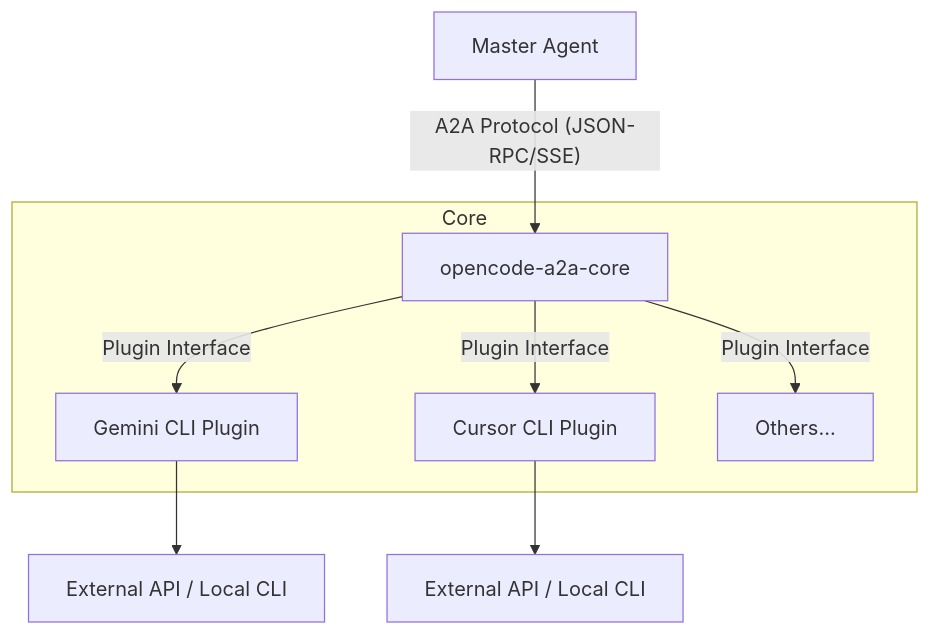
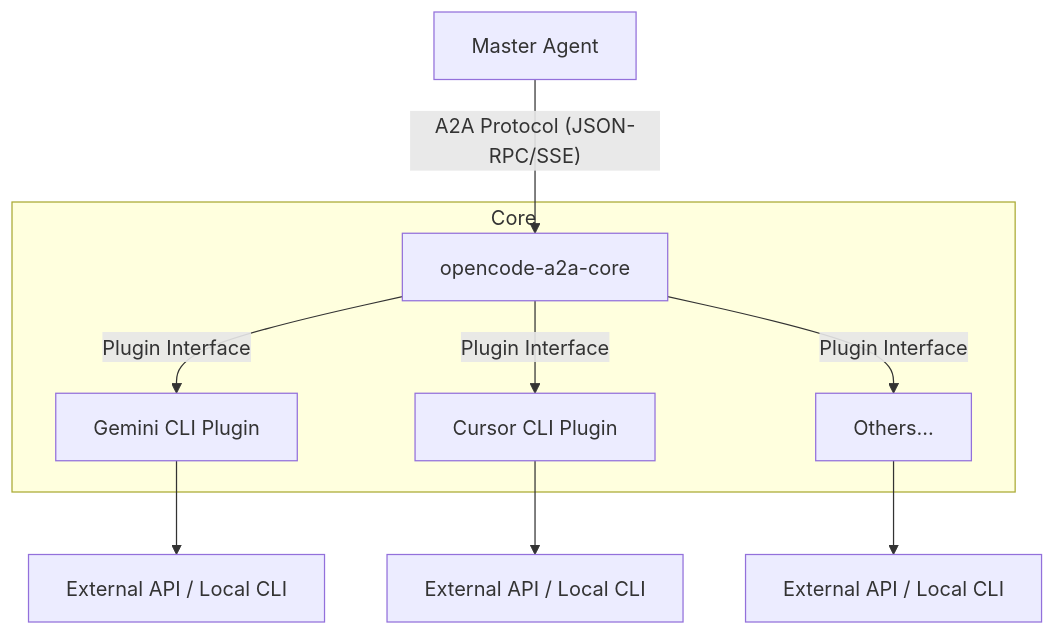
One commit to yohi/opencode-a2a-core changed the diagram in README.md. Above: the diagram before and after it, drawn with Mermaid. The commit also changed other lines of this file, not shown here.

Commit message:
docs: README.mdの指摘事項の修正（URL, JSON例, Mermaid図）

````diff
--- a/README.md
+++ b/README.md
@@ -102,11 +104,12 @@
 ```mermaid
 graph TD
     M[Master Agent] -- A2A Protocol (JSON-RPC/SSE) --> C[opencode-a2a-core]
     subgraph Core
         C -- Plugin Interface --> P1[Gemini CLI Plugin]
         C -- Plugin Interface --> P2[Cursor CLI Plugin]
         C -- Plugin Interface --> P3[Others...]
     end
     P1 --> E1[External API / Local CLI]
     P2 --> E2[External API / Local CLI]
+    P3 --> E3[External API / Local CLI]
 ```
````
